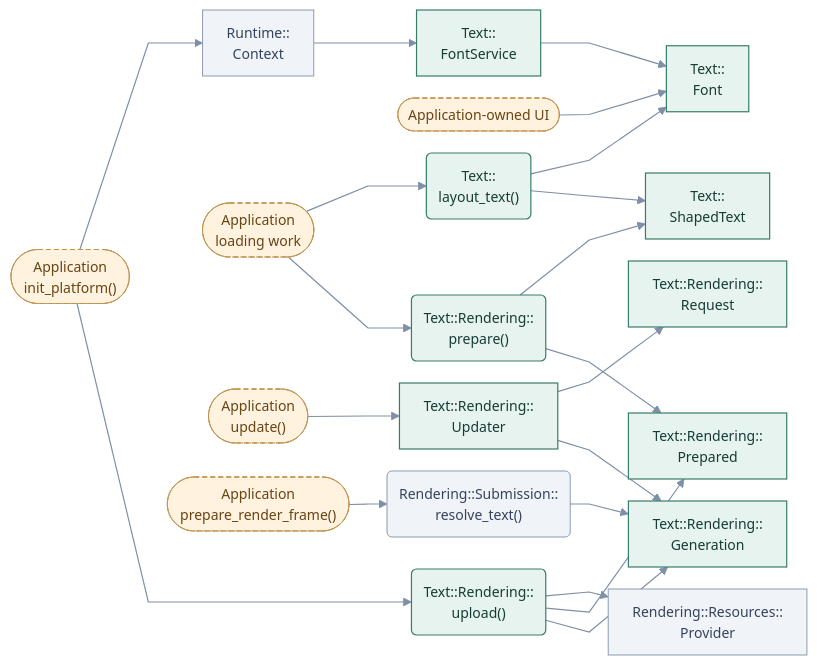
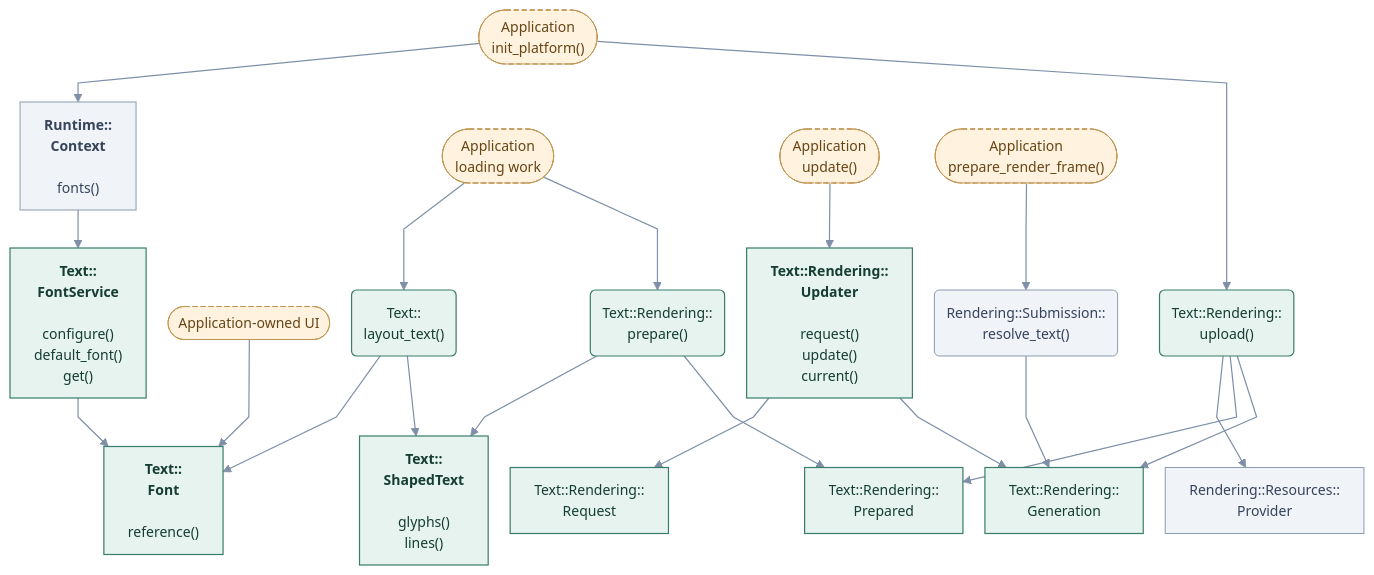
The diagram in docs/site/engine-systems/diagrams/text-application.mmd (cppcooper/cheryl-engine), drawn with Mermaid before and after one commit. The commit also changed 25 other files, not shown here.

First line of the commit message:
Adds public method entry points to application diagrams

```diff
--- a/docs/site/engine-systems/diagrams/text-application.mmd
+++ b/docs/site/engine-systems/diagrams/text-application.mmd
@@ -1,58 +1,58 @@
 ---
 config:
   theme: base
   themeVariables:
     fontFamily: system-ui, sans-serif
     fontSize: 14px
   flowchart:
     htmlLabels: true
     curve: linear
     nodeSpacing: 22
     rankSpacing: 38
     padding: 12
 ---
-flowchart LR
+flowchart TB
     accTitle: Text · application font and label choices
-    accDescr: Arrows point toward dependencies. Application roles are rounded; named API operations have rounded corners. Dashed arrows mark optional choices.
+    accDescr: Arrows point toward the API or type used, not call order or data flow. Methods beneath type names are selected application entry points; Implement hooks marks engine-invoked overrides. Dashed arrows mark optional choices.
     k0(["Application<br/>init_platform()"]):::app
-    k1["Runtime::<br/>Context"]:::neighbor
-    k2["Text::<br/>FontService"]:::focal
+    k1["<b>Runtime::<br/>Context</b><br/><br/>fonts()"]:::neighbor
+    k2["<b>Text::<br/>FontService</b><br/><br/>configure()<br/>default_font()<br/>get()"]:::focal
     k3(["Application-owned UI"]):::app
-    k4["Text::<br/>Font"]:::focal
+    k4["<b>Text::<br/>Font</b><br/><br/>reference()"]:::focal
     k5(["Application<br/>loading work"]):::app
     k6("Text::<br/>layout_text()"):::focal
-    k7["Text::<br/>ShapedText"]:::focal
+    k7["<b>Text::<br/>ShapedText</b><br/><br/>glyphs()<br/>lines()"]:::focal
     k8("Text::Rendering::<br/>prepare()"):::focal
     k9["Text::Rendering::<br/>Prepared"]:::focal
     k10("Text::Rendering::<br/>upload()"):::focal
     k11["Rendering::Resources::<br/>Provider"]:::neighbor
     k12["Text::Rendering::<br/>Generation"]:::focal
     k13(["Application<br/>update()"]):::app
-    k14["Text::Rendering::<br/>Updater"]:::focal
+    k14["<b>Text::Rendering::<br/>Updater</b><br/><br/>request()<br/>update()<br/>current()"]:::focal
     k15["Text::Rendering::<br/>Request"]:::focal
     k16(["Application<br/>prepare_render_frame()"]):::app
     k17("Rendering::Submission::<br/>resolve_text()"):::neighbor
     k0 --> k1
     k1 --> k2
     k3 --> k4
     k2 --> k4
     k5 --> k6
     k6 --> k4
     k6 --> k7
     k5 --> k8
     k8 --> k7
     k8 --> k9
     k0 --> k10
     k10 --> k11
     k10 --> k9
     k10 --> k12
     k13 --> k14
     k14 --> k15
     k14 --> k12
     k16 --> k17
     k17 --> k12
     classDef focal fill:#e7f3ef,stroke:#387d6b,color:#153d33,stroke-width:1.2px
     classDef neighbor fill:#f0f3f8,stroke:#8c9bb1,color:#35445b,stroke-width:1px
     classDef app fill:#fff2df,stroke:#c09452,color:#674515,stroke-dasharray:5 3
     classDef system fill:#eaf0fc,stroke:#617fab,color:#263f69,stroke-width:1.2px
     linkStyle default stroke:#7e8fa7,stroke-width:1.2px
```
